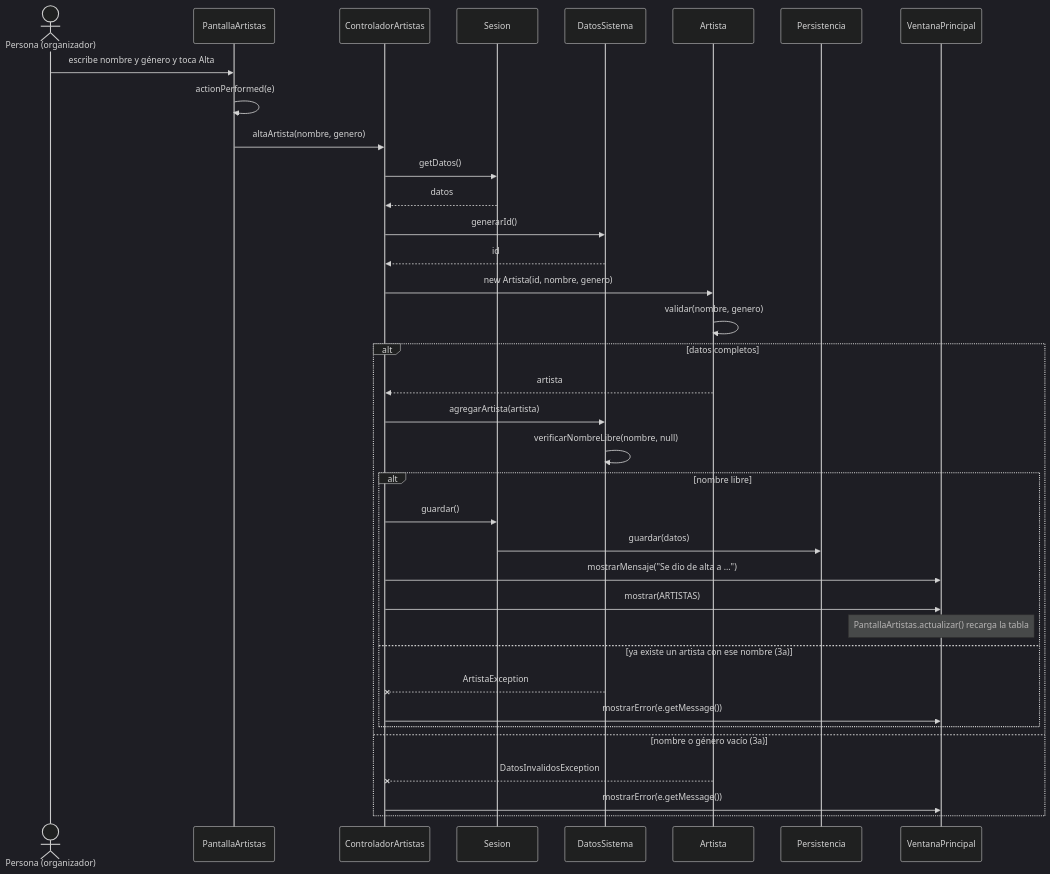
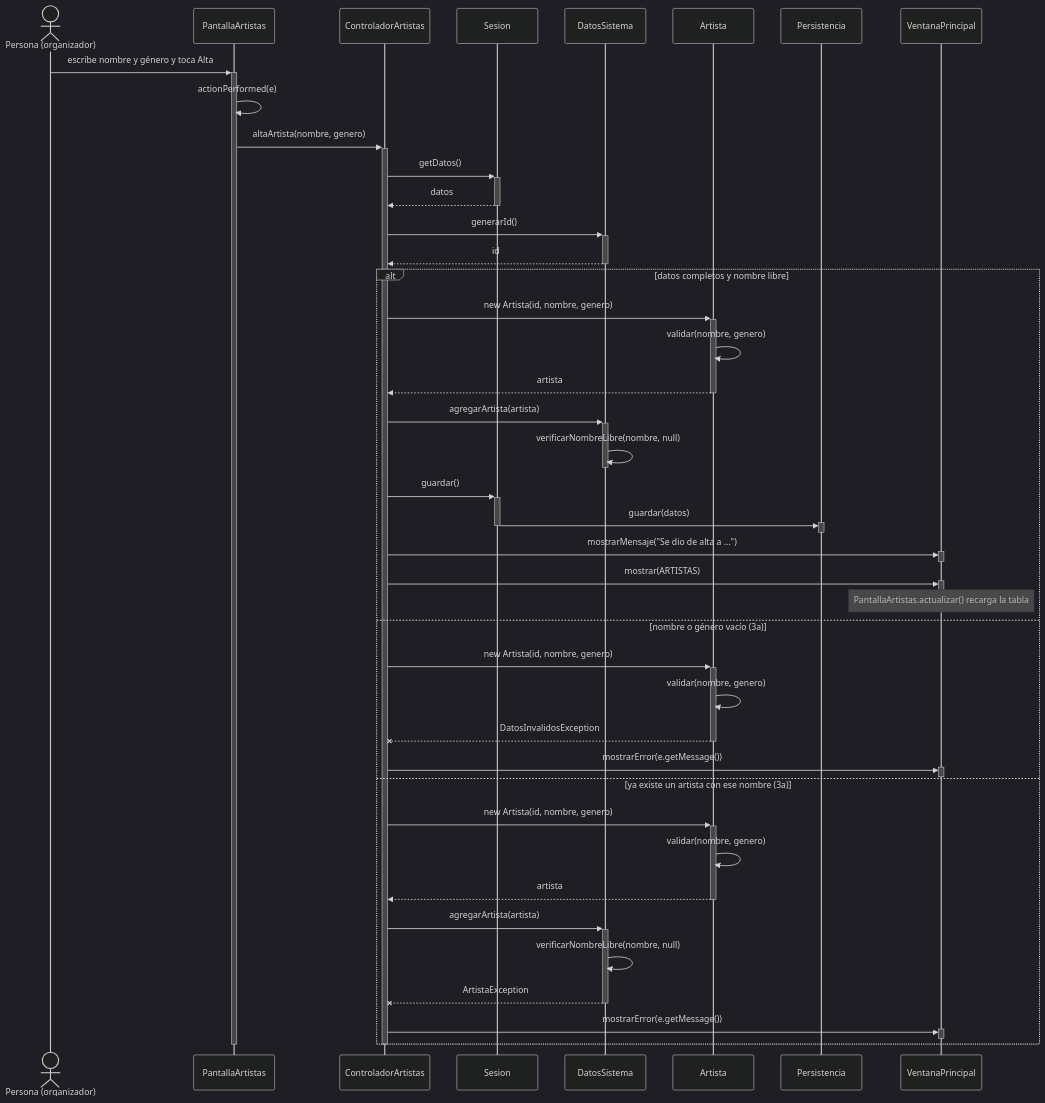
One commit to AgustinSimonenco/gestion-eventos-musicales changed the first of 2 diagrams in docs/diseno/secuencias/CU15-gestionar-artistas.md. Above: the diagram before and after it, drawn with Mermaid (dark theme). The commit also changed other lines of this file and 12 other files, not shown here.

First line of the commit message:
Agregar barras de activación a todos los diagramas de secuencia

````diff
--- a/docs/diseno/secuencias/CU15-gestionar-artistas.md
+++ b/docs/diseno/secuencias/CU15-gestionar-artistas.md
@@ -9,39 +9,53 @@
 ```mermaid
 sequenceDiagram
     actor O as Persona (organizador)
     participant P as PantallaArtistas
     participant C as ControladorArtistas
     participant S as Sesion
     participant D as DatosSistema
     participant A as Artista
     participant PE as Persistencia
     participant V as VentanaPrincipal
 
-    O->>P: escribe nombre y género y toca Alta
+    O->>+P: escribe nombre y género y toca Alta
     P->>P: actionPerformed(e)
-    P->>C: altaArtista(nombre, genero)
-    C->>S: getDatos()
-    S-->>C: datos
-    C->>D: generarId()
-    D-->>C: id
-    C->>A: new Artista(id, nombre, genero)
-    A->>A: validar(nombre, genero)
-    alt datos completos
-        A-->>C: artista
-        C->>D: agregarArtista(artista)
+    P->>+C: altaArtista(nombre, genero)
+    C->>+S: getDatos()
+    S-->>-C: datos
+    C->>+D: generarId()
+    D-->>-C: id
+    alt datos completos y nombre libre
+        C->>+A: new Artista(id, nombre, genero)
+        A->>A: validar(nombre, genero)
+        A-->>-C: artista
+        C->>+D: agregarArtista(artista)
         D->>D: verificarNombreLibre(nombre, null)
-        alt nombre libre
-            C->>S: guardar()
-            S->>PE: guardar(datos)
-            C->>V: mostrarMensaje("Se dio de alta a ...")
-            C->>V: mostrar(ARTISTAS)
-            Note over V: PantallaArtistas.actualizar() recarga la tabla
-        else ya existe un artista con ese nombre (3a)
-            D--xC: ArtistaException
-            C->>V: mostrarError(e.getMessage())
-        end
+        deactivate D
+        C->>+S: guardar()
+        S->>+PE: guardar(datos)
+        deactivate PE
+        deactivate S
+        C->>+V: mostrarMensaje("Se dio de alta a ...")
+        deactivate V
+        C->>+V: mostrar(ARTISTAS)
+        deactivate V
+        Note over V: PantallaArtistas.actualizar() recarga la tabla
     else nombre o género vacío (3a)
-        A--xC: DatosInvalidosException
-        C->>V: mostrarError(e.getMessage())
+        C->>+A: new Artista(id, nombre, genero)
+        A->>A: validar(nombre, genero)
+        A--x-C: DatosInvalidosException
+        C->>+V: mostrarError(e.getMessage())
+        deactivate V
+    else ya existe un artista con ese nombre (3a)
+        C->>+A: new Artista(id, nombre, genero)
+        A->>A: validar(nombre, genero)
+        A-->>-C: artista
+        C->>+D: agregarArtista(artista)
+        D->>D: verificarNombreLibre(nombre, null)
+        D--x-C: ArtistaException
+        C->>+V: mostrarError(e.getMessage())
+        deactivate V
     end
+    deactivate C
+    deactivate P
 ```
````
